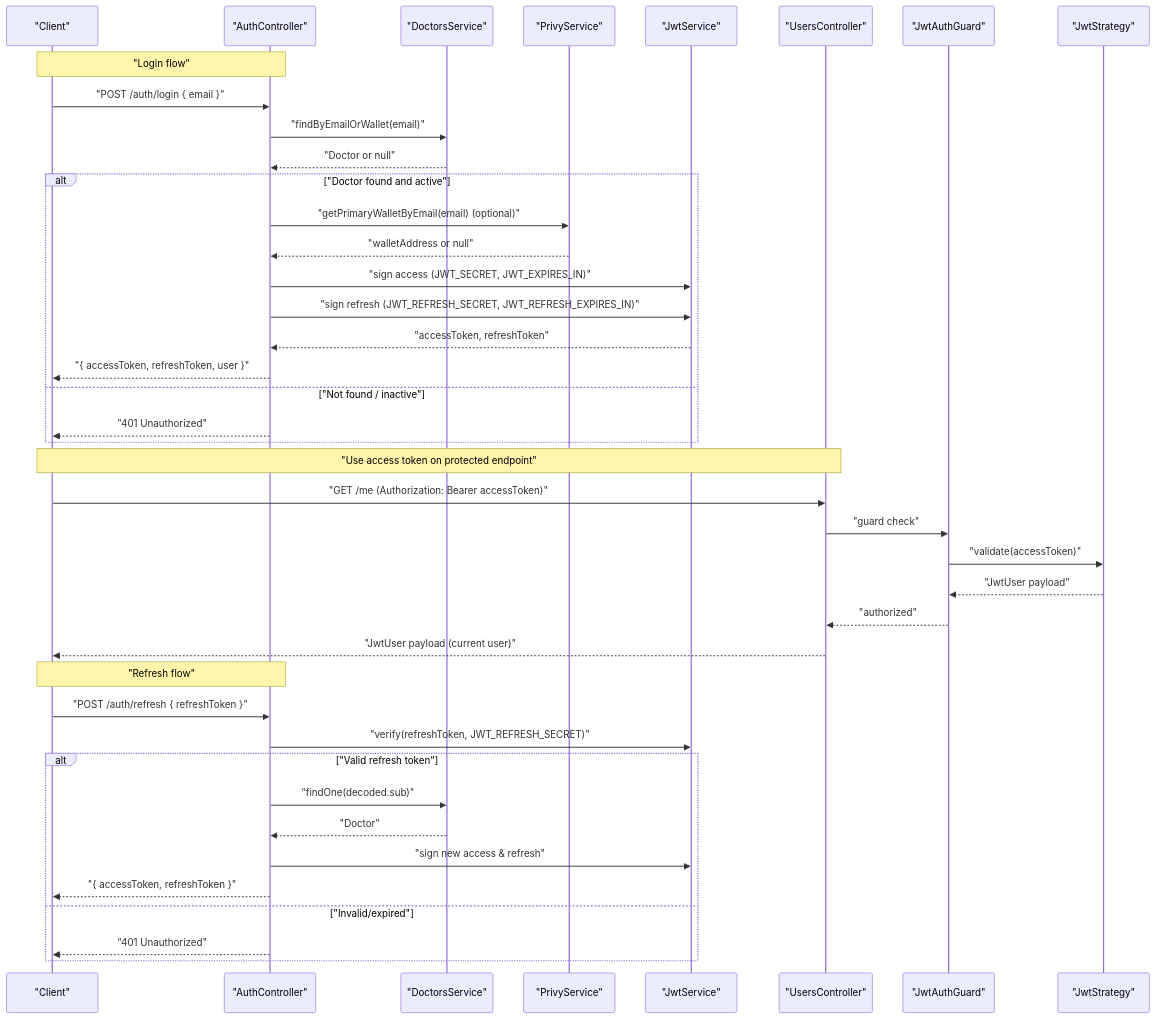
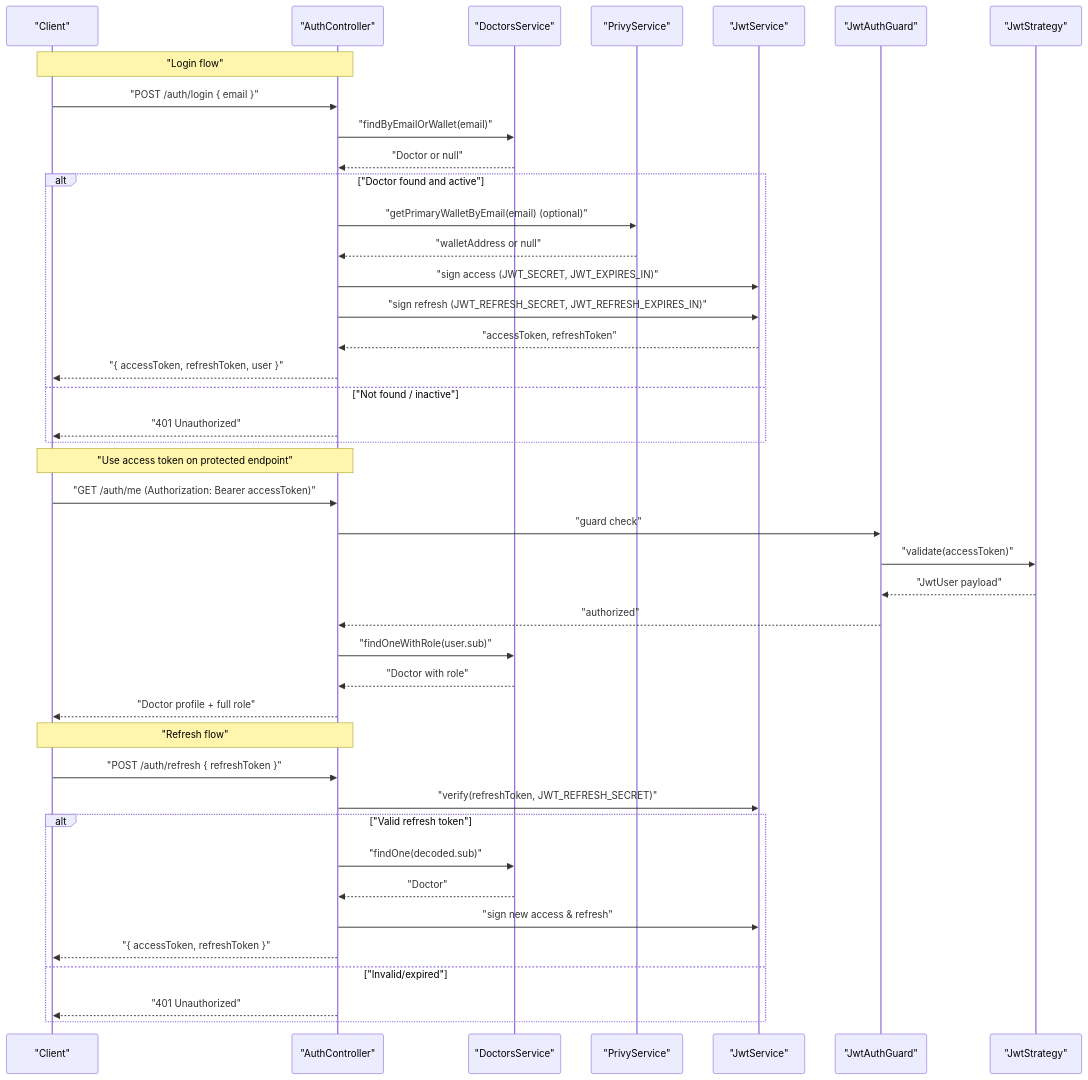
Before and after one commit to Jurdio/medichain-backend: the diagram in .cursor/rules/auth-module.mdc, drawn with Mermaid. The commit also changed other lines of this file, not shown here.

Commit message:
chore: change rule for auth

````diff
--- a/.cursor/rules/auth-module.mdc
+++ b/.cursor/rules/auth-module.mdc
@@ -137,46 +142,48 @@
 ```mermaid
 sequenceDiagram
     participant "Client"
     participant "AuthController"
     participant "DoctorsService"
     participant "PrivyService"
     participant "JwtService"
-    participant "UsersController"
+    
     participant "JwtAuthGuard"
     participant "JwtStrategy"
 
     Note over "Client","AuthController": "Login flow"
     "Client"->>"AuthController": "POST /auth/login { email }"
     "AuthController"->>"DoctorsService": "findByEmailOrWallet(email)"
     "DoctorsService"-->>"AuthController": "Doctor or null"
     alt "Doctor found and active"
         "AuthController"->>"PrivyService": "getPrimaryWalletByEmail(email) (optional)"
         "PrivyService"-->>"AuthController": "walletAddress or null"
         "AuthController"->>"JwtService": "sign access (JWT_SECRET, JWT_EXPIRES_IN)"
         "AuthController"->>"JwtService": "sign refresh (JWT_REFRESH_SECRET, JWT_REFRESH_EXPIRES_IN)"
         "JwtService"-->>"AuthController": "accessToken, refreshToken"
         "AuthController"-->>"Client": "{ accessToken, refreshToken, user }"
     else "Not found / inactive"
         "AuthController"-->>"Client": "401 Unauthorized"
     end
 
-    Note over "Client","UsersController": "Use access token on protected endpoint"
-    "Client"->>"UsersController": "GET /me (Authorization: Bearer accessToken)"
-    "UsersController"->>"JwtAuthGuard": "guard check"
+    Note over "Client","AuthController": "Use access token on protected endpoint"
+    "Client"->>"AuthController": "GET /auth/me (Authorization: Bearer accessToken)"
+    "AuthController"->>"JwtAuthGuard": "guard check"
     "JwtAuthGuard"->>"JwtStrategy": "validate(accessToken)"
     "JwtStrategy"-->>"JwtAuthGuard": "JwtUser payload"
-    "JwtAuthGuard"-->>"UsersController": "authorized"
-    "UsersController"-->>"Client": "JwtUser payload (current user)"
+    "JwtAuthGuard"-->>"AuthController": "authorized"
+    "AuthController"->>"DoctorsService": "findOneWithRole(user.sub)"
+    "DoctorsService"-->>"AuthController": "Doctor with role"
+    "AuthController"-->>"Client": "Doctor profile + full role"
 
     Note over "Client","AuthController": "Refresh flow"
     "Client"->>"AuthController": "POST /auth/refresh { refreshToken }"
     "AuthController"->>"JwtService": "verify(refreshToken, JWT_REFRESH_SECRET)"
     alt "Valid refresh token"
         "AuthController"->>"DoctorsService": "findOne(decoded.sub)"
         "DoctorsService"-->>"AuthController": "Doctor"
         "AuthController"->>"JwtService": "sign new access & refresh"
         "AuthController"-->>"Client": "{ accessToken, refreshToken }"
     else "Invalid/expired"
         "AuthController"-->>"Client": "401 Unauthorized"
     end
 ```
````
